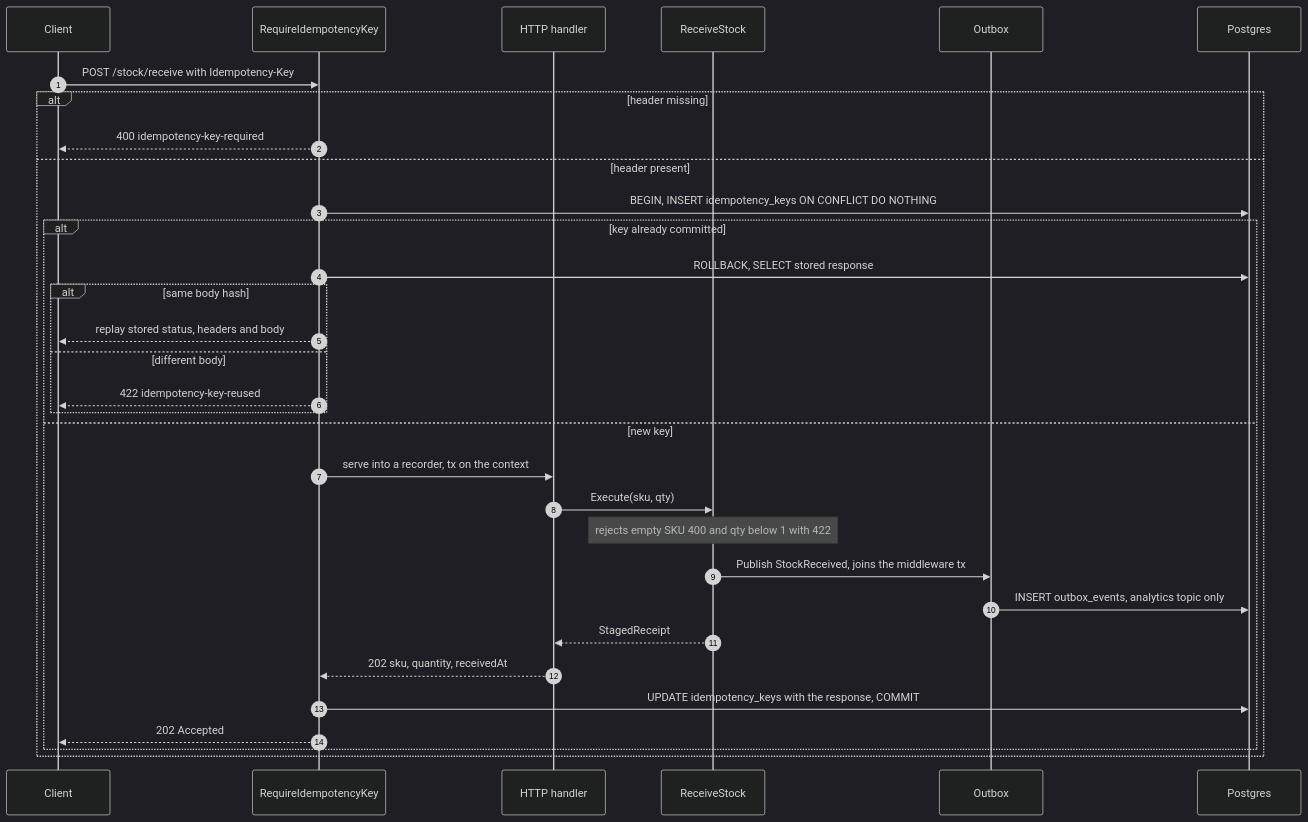
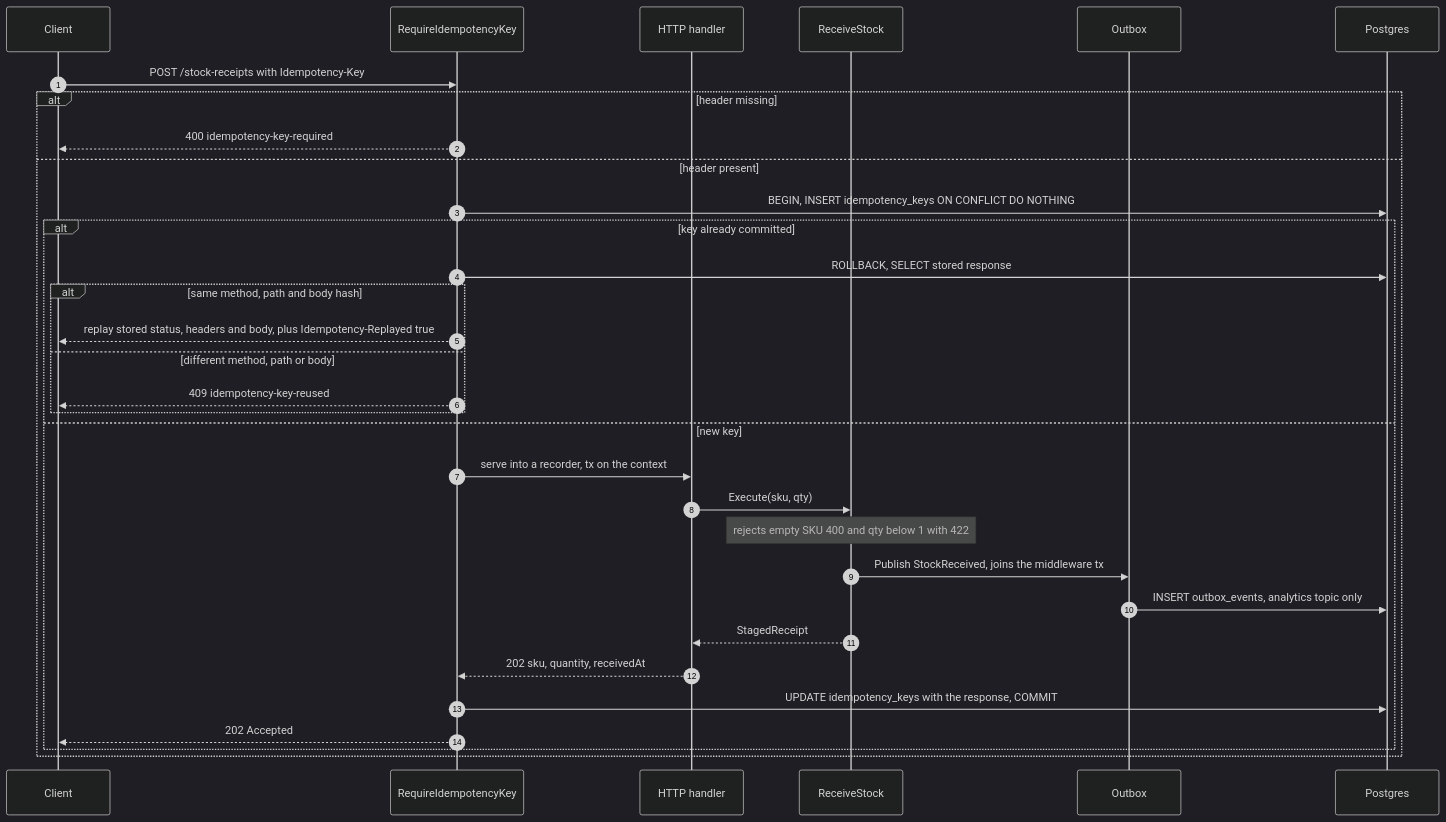
Before and after one commit to IQVO/inventory-storage: the first of 14 diagrams in docs/docs/ddd/sequence-diagrams.md, drawn with Mermaid (dark theme). The commit also changed other lines of this file and 34 other files, not shown here.

````diff
--- a/docs/docs/ddd/sequence-diagrams.md
+++ b/docs/docs/ddd/sequence-diagrams.md
@@ -26,34 +26,34 @@
 ```mermaid
 sequenceDiagram
     autonumber
     participant C as Client
     participant MW as RequireIdempotencyKey
     participant H as HTTP handler
     participant UC as ReceiveStock
     participant OB as Outbox
     participant DB as Postgres
-    C->>MW: POST /stock/receive with Idempotency-Key
+    C->>MW: POST /stock-receipts with Idempotency-Key
     alt header missing
         MW-->>C: 400 idempotency-key-required
     else header present
         MW->>DB: BEGIN, INSERT idempotency_keys ON CONFLICT DO NOTHING
         alt key already committed
             MW->>DB: ROLLBACK, SELECT stored response
-            alt same body hash
-                MW-->>C: replay stored status, headers and body
-            else different body
-                MW-->>C: 422 idempotency-key-reused
+            alt same method, path and body hash
+                MW-->>C: replay stored status, headers and body, plus Idempotency-Replayed true
+            else different method, path or body
+                MW-->>C: 409 idempotency-key-reused
             end
         else new key
             MW->>H: serve into a recorder, tx on the context
             H->>UC: Execute(sku, qty)
             Note over UC: rejects empty SKU 400 and qty below 1 with 422
             UC->>OB: Publish StockReceived, joins the middleware tx
             OB->>DB: INSERT outbox_events, analytics topic only
             UC-->>H: StagedReceipt
             H-->>MW: 202 sku, quantity, receivedAt
             MW->>DB: UPDATE idempotency_keys with the response, COMMIT
             MW-->>C: 202 Accepted
         end
     end
 ```
````
